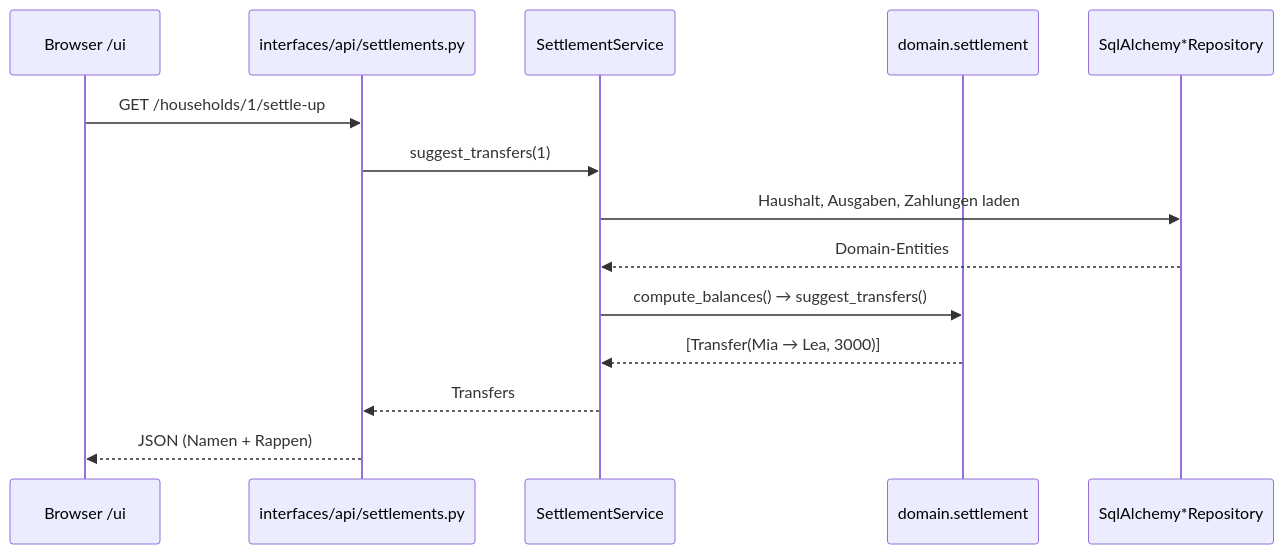
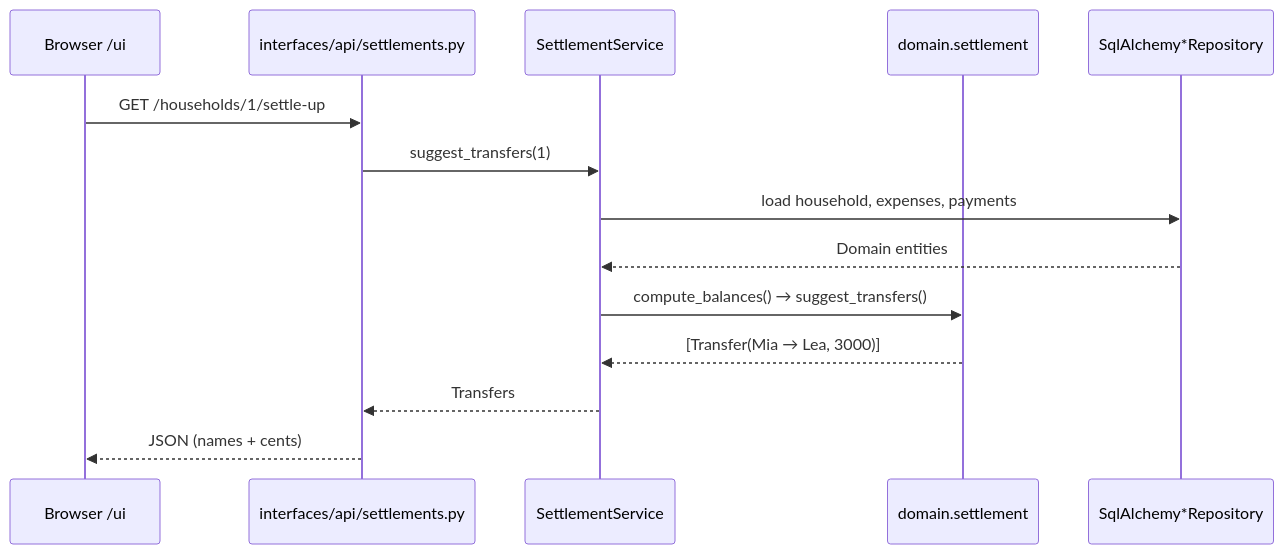
Before and after one commit to jasin-jusufi/fairshare: the second of 5 diagrams in README.md, drawn with Mermaid. The commit also changed other lines of this file and 5 other files, not shown here.

````diff
--- a/README.md
+++ b/README.md
@@ -118,16 +117,16 @@
 ```mermaid
 sequenceDiagram
     participant UI as Browser /ui
     participant R as interfaces/api/settlements.py
     participant S as SettlementService
     participant D as domain.settlement
     participant P as SqlAlchemy*Repository
     UI->>R: GET /households/1/settle-up
     R->>S: suggest_transfers(1)
-    S->>P: Haushalt, Ausgaben, Zahlungen laden
-    P-->>S: Domain-Entities
+    S->>P: load household, expenses, payments
+    P-->>S: Domain entities
     S->>D: compute_balances() → suggest_transfers()
     D-->>S: [Transfer(Mia → Lea, 3000)]
     S-->>R: Transfers
-    R-->>UI: JSON (Namen + Rappen)
+    R-->>UI: JSON (names + cents)
 ```
````
